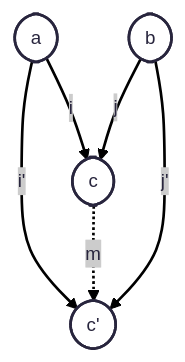
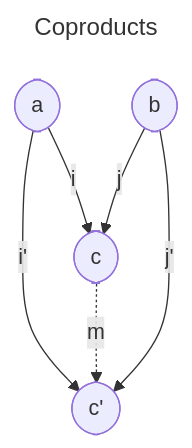
One commit to alexisbcc/category-theory changed the fifth of 5 diagrams in README.md. Above: the diagram before and after it, drawn with Mermaid. The commit also changed other lines of this file, not shown here.

Commit message:
Add coproducts

````diff
--- a/README.md
+++ b/README.md
@@ -219,14 +220,13 @@
 ```mermaid
 ---
-config:
-  theme: redux
+title: Coproducts
 ---
 flowchart TD
     C(["c"]) -. m .-> D@{ label: "c'" }
     A(["a"]) -- i' --> D
     A -- i --> C
     B(["b"]) -- j --> C
     B -- j' --> D
     D@{ shape: stadium}
 
 ```
````
